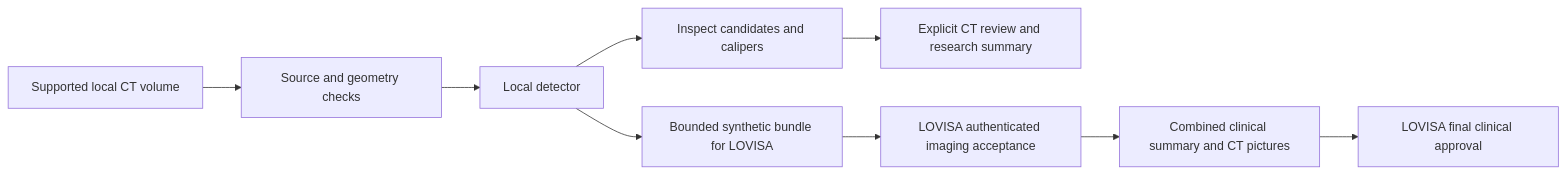
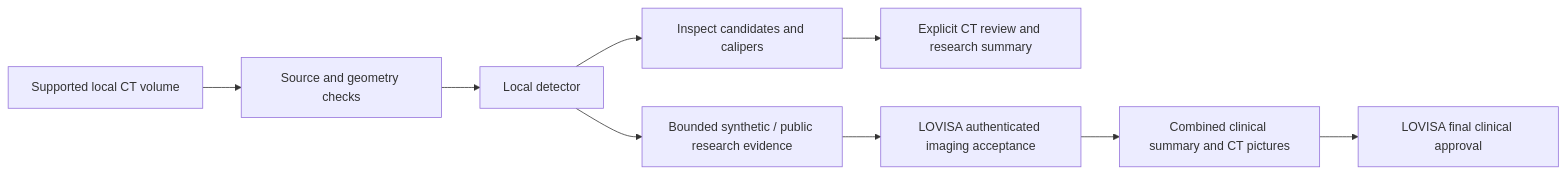
One commit to LilyC2024/ai-medimg-2.5D-CT changed the diagram in README.md. Above: the diagram before and after it, drawn with Mermaid. The commit also changed other lines of this file and 17 other files, not shown here.

Commit message:
Add explicit real CT excerpt inference and source-mapped LOVISA evidence

````diff
--- a/README.md
+++ b/README.md
@@ -32,11 +32,11 @@
 ```mermaid
 flowchart LR
     CT[Supported local CT volume] --> Q[Source and geometry checks]
     Q --> D[Local detector]
     D --> V[Inspect candidates and calipers]
     V --> R[Explicit CT review and research summary]
-    D --> B[Bounded synthetic bundle for LOVISA]
+    D --> B[Bounded synthetic / public research evidence]
     B --> I[LOVISA authenticated imaging acceptance]
     I --> A[Combined clinical summary and CT pictures]
     A --> F[LOVISA final clinical approval]
 ```
````
